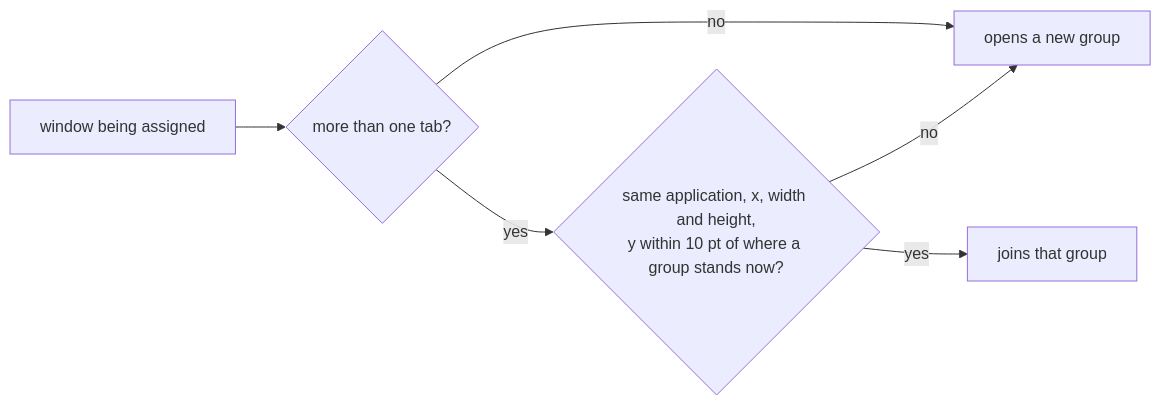
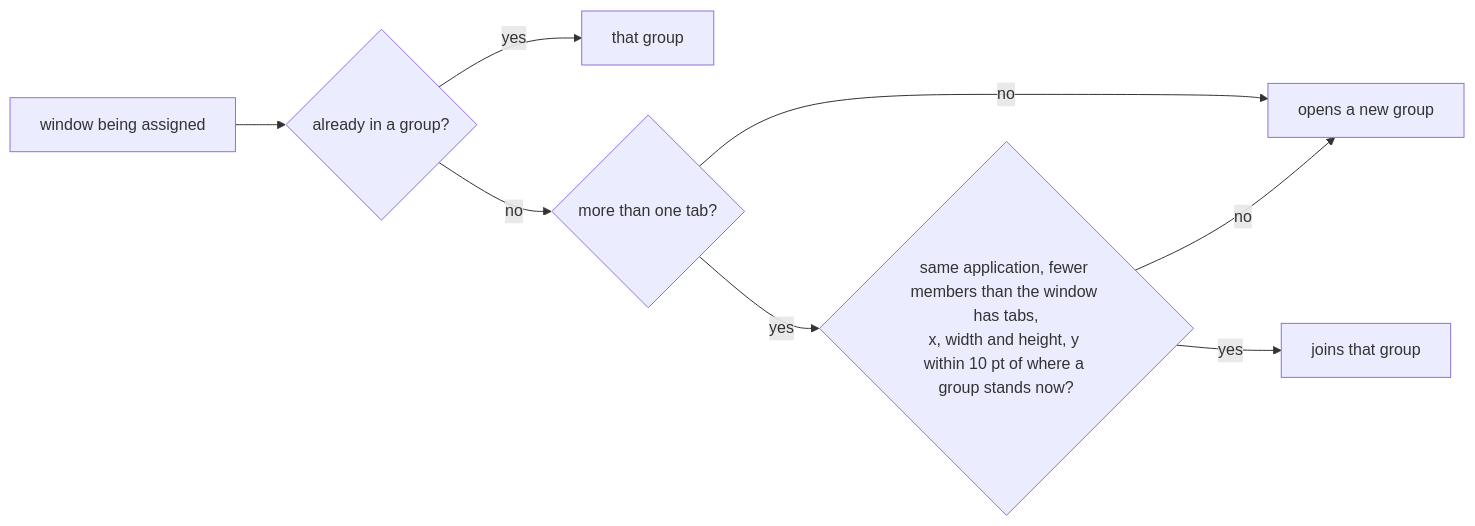
One commit to brennovich/ottowm changed diagram 19 of 19 in ARCHITECTURE.md. Above: the diagram before and after it, drawn with Mermaid. The commit also changed other lines of this file and 2 other files, not shown here.

Commit message:
Keep a tab out of a group that is already full
Two maximized windows of one application stand at the same frame, so
matching a tab on the frame alone matched whichever group was found
first: a tab of the second window joined the first window's group, and
the two windows were placed together.

A group holding as many windows as the tab reports tabs now has no room
for it, and the tab opens its own group instead. A window already in a
group is answered that group before the count is read, since its own
group counts it and would always look full to it.

````diff
--- a/ARCHITECTURE.md
+++ b/ARCHITECTURE.md
@@ -467,8 +467,10 @@
 ```mermaid
 flowchart LR
-    win[window being assigned] --> tabs{more than one tab?}
+    win[window being assigned] --> known{already in a group?}
+    known -->|yes| that[that group]
+    known -->|no| tabs{more than one tab?}
     tabs -->|no| own["opens a new group"]
-    tabs -->|yes| match{"same application, x, width and height,<br/>y within 10 pt of where a group stands now?"}
+    tabs -->|yes| match{"same application, fewer members than the window has tabs,<br/>x, width and height, y within 10 pt of where a group stands now?"}
     match -->|yes| join[joins that group]
     match -->|no| own
 ```
````
